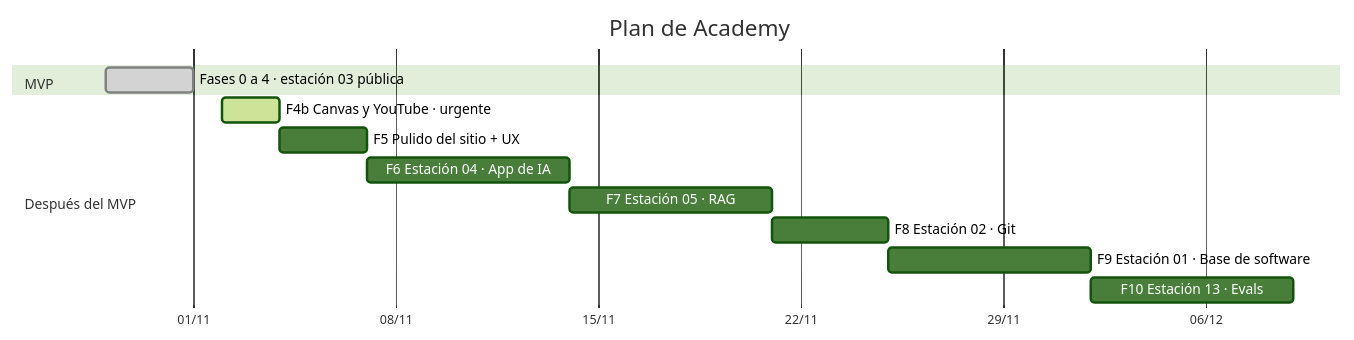
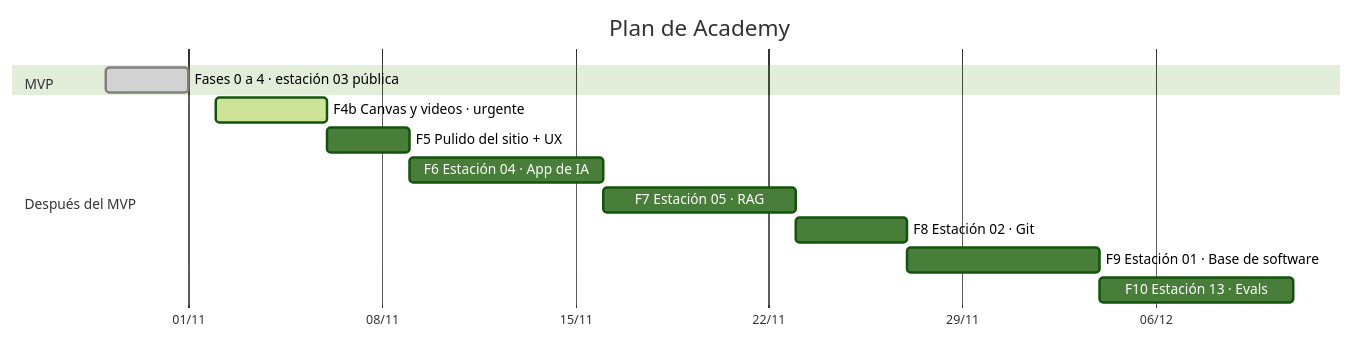
Before and after one commit to francoSW99/Academy: the diagram in AVANCE.md, drawn with Mermaid (forest theme). The commit also changed other lines of this file, not shown here.

Commit message:
Tablero: plan de la Fase 4b corregido, canvas con ManimGX y videos de la biblioteca (pedido 29)

````diff
--- a/AVANCE.md
+++ b/AVANCE.md
@@ -63,16 +63,16 @@
 ```mermaid
 gantt
     title Plan de Academy
     dateFormat YYYY-MM-DD
     axisFormat %d/%m
     section MVP
     Fases 0 a 4 · estación 03 pública :done, mvp, 2026-10-29, 2026-11-01
     section Después del MVP
-    F4b Canvas y YouTube · urgente :active, f4b, 2026-11-02, 2d
+    F4b Canvas y videos · urgente :active, f4b, 2026-11-02, 4d
     F5 Pulido del sitio + UX :f5, after f4b, 3d
     F6 Estación 04 · App de IA :f6, after f5, 7d
     F7 Estación 05 · RAG :f7, after f6, 7d
     F8 Estación 02 · Git :f8, after f7, 4d
     F9 Estación 01 · Base de software :f9, after f8, 7d
     F10 Estación 13 · Evals :f10, after f9, 7d
 ```
````
